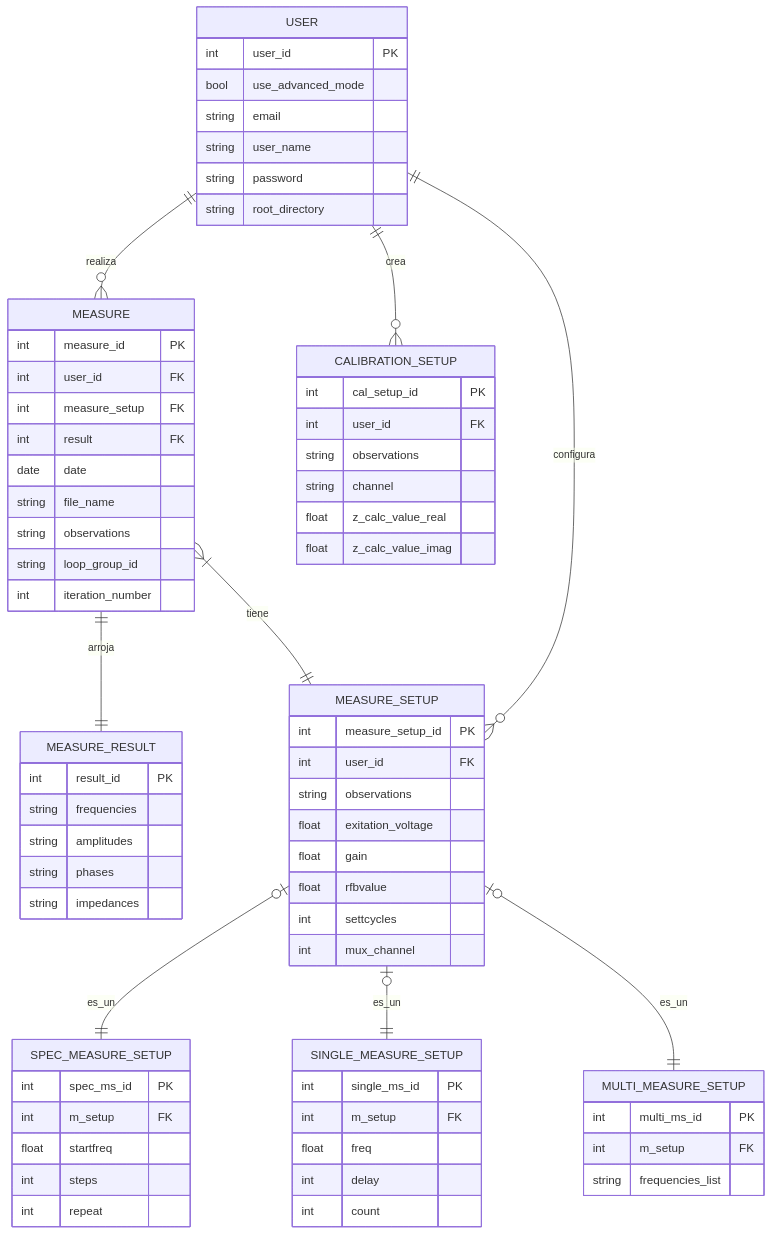
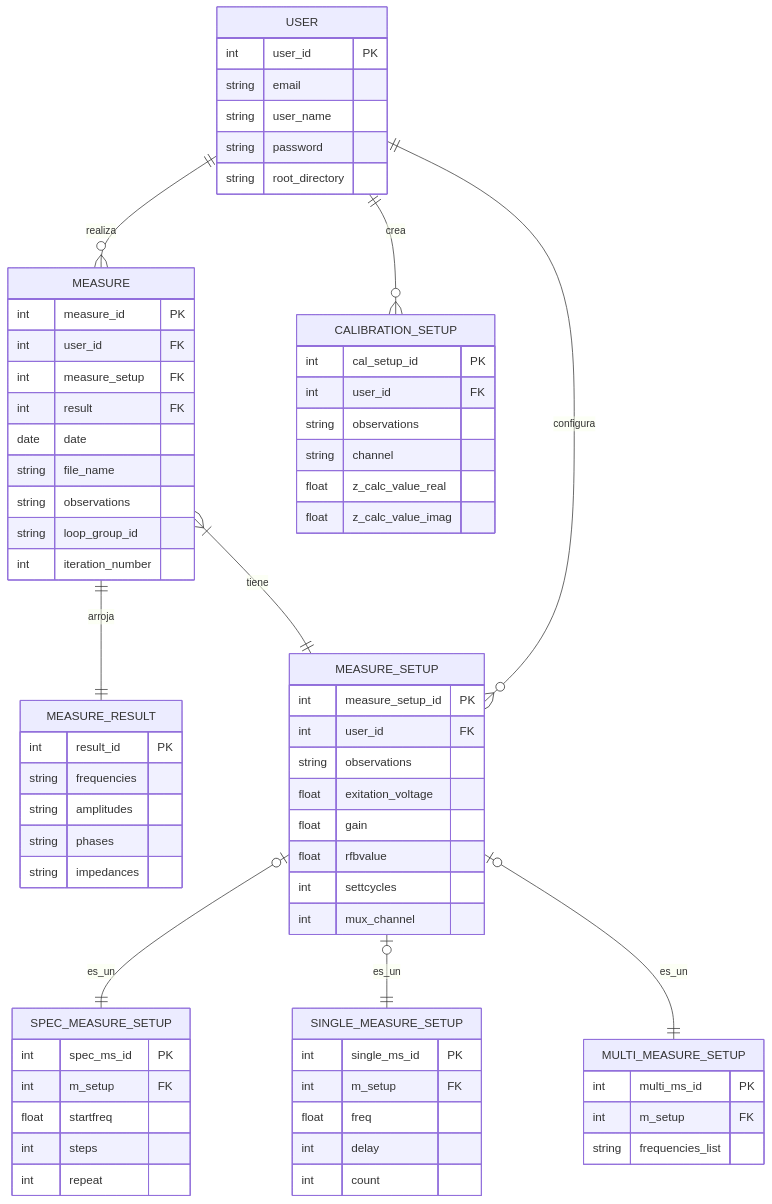
The fourth of 4 diagrams in Gmini-MarkDown/Diagramas/Diseño de base de datos.md (alegrelias/Repo-GMini), drawn with Mermaid before and after one commit.

Commit message:
Se modifica DER

```diff
--- a/Gmini-MarkDown/Diagramas/Diseño de base de datos.md
+++ b/Gmini-MarkDown/Diagramas/Diseño de base de datos.md
@@ -33,7 +33,6 @@
 
 USER{
 	int user_id PK
-	bool use_advanced_mode
 	string email
 	string user_name
 	string password
```
